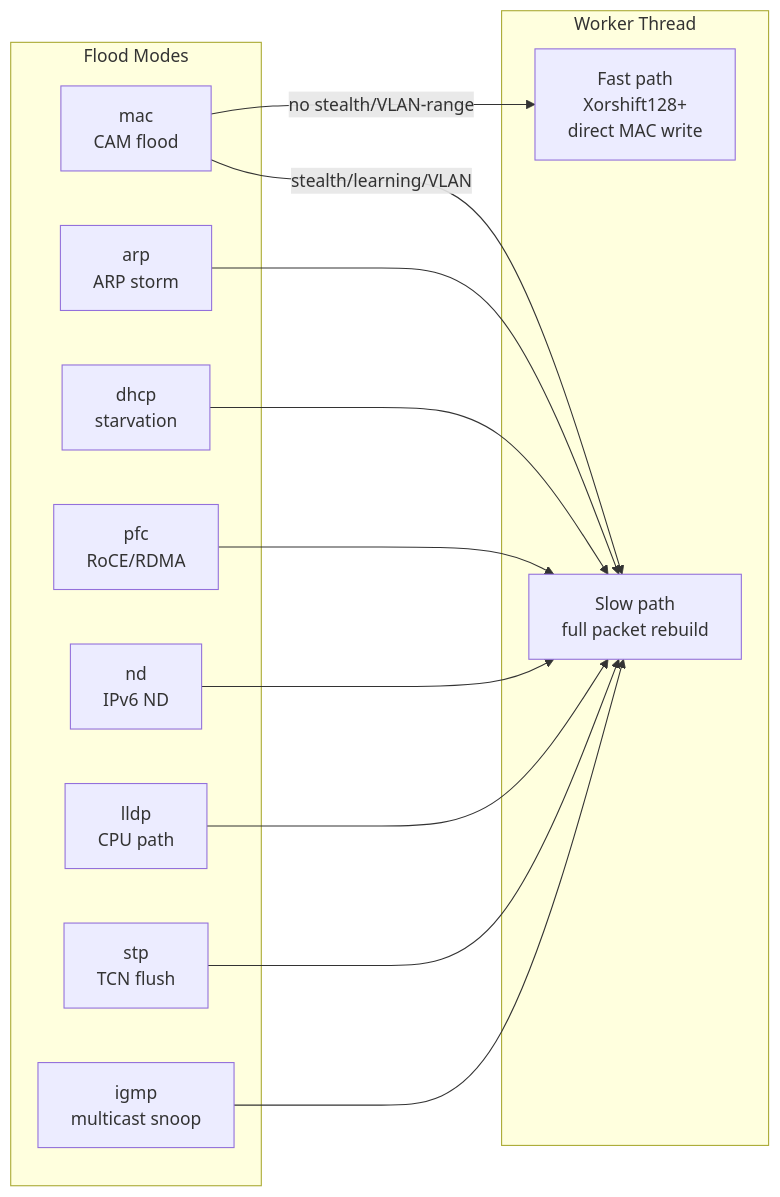
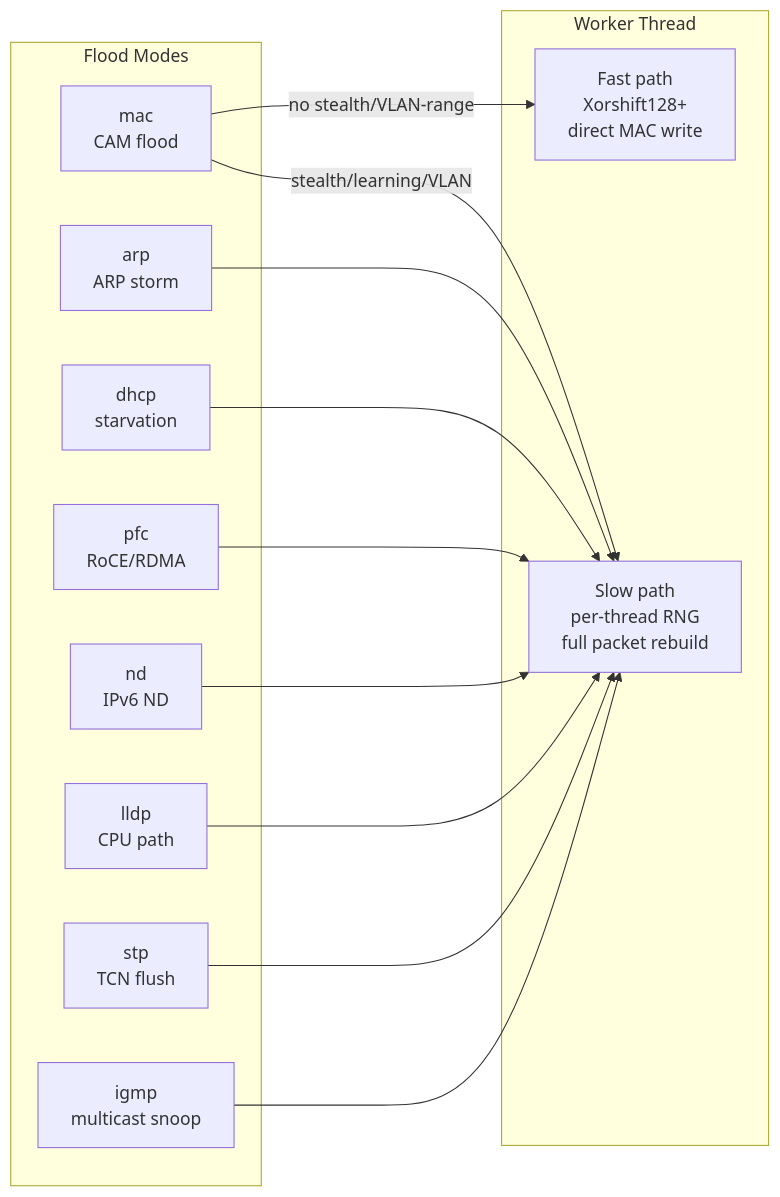
The second of 7 diagrams in README.md (mstits/Basidium), drawn with Mermaid before and after one commit. The commit also changed other lines of this file and 21 other files, not shown here.

````diff
--- a/README.md
+++ b/README.md
@@ -49,22 +51,22 @@
 ```mermaid
 graph LR
     subgraph "Flood Modes"
         M0[mac<br/>CAM flood]
         M1[arp<br/>ARP storm]
         M2[dhcp<br/>starvation]
         M3[pfc<br/>RoCE/RDMA]
         M4[nd<br/>IPv6 ND]
         M5[lldp<br/>CPU path]
         M6[stp<br/>TCN flush]
         M7[igmp<br/>multicast snoop]
     end
 
     subgraph "Worker Thread"
         FP[Fast path<br/>Xorshift128+<br/>direct MAC write]
-        SP[Slow path<br/>full packet rebuild]
+        SP[Slow path<br/>per-thread RNG<br/>full packet rebuild]
     end
 
     M0 -->|no stealth/VLAN-range| FP
     M0 -->|stealth/learning/VLAN| SP
     M1 & M2 & M3 & M4 & M5 & M6 & M7 --> SP
 ```
````
